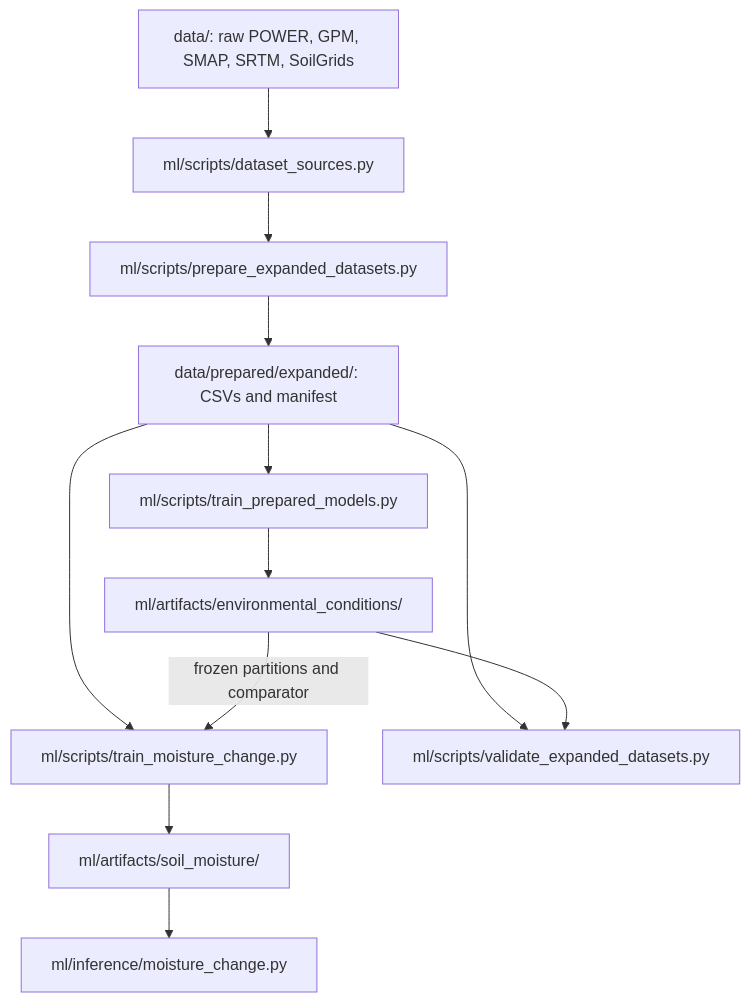
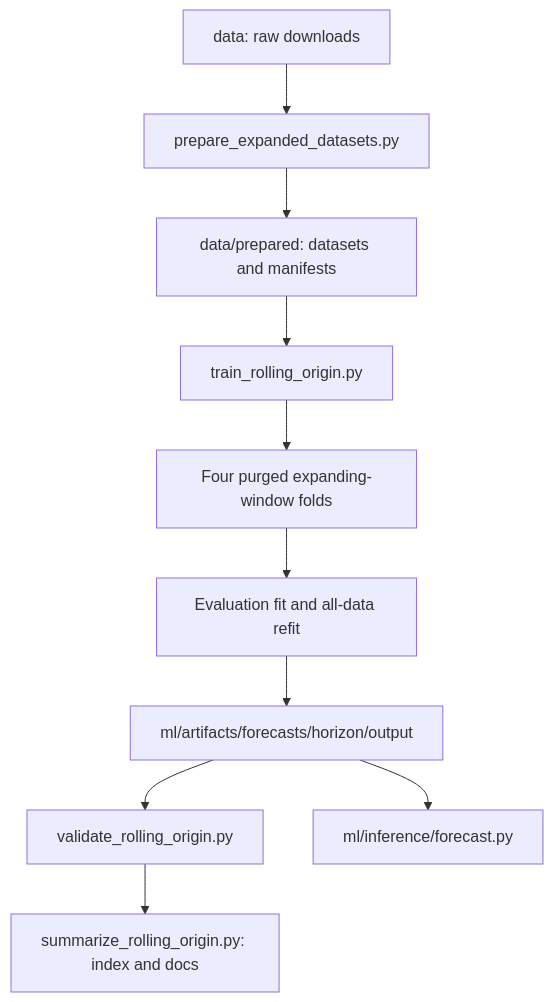
One commit to Samuelbomc/SpaceApps2026 changed the diagram in ml/docs/architecture.md. Above: the diagram before and after it, drawn with Mermaid. The commit also changed other lines of this file and 260 other files, not shown here.

Commit message:
Updated models to use rolling origin validation

````diff
--- a/ml/docs/architecture.md
+++ b/ml/docs/architecture.md
@@ -22,14 +5,12 @@
 ```mermaid
 flowchart TD
-    Raw["data/: raw POWER, GPM, SMAP, SRTM, SoilGrids"] --> Sources["ml/scripts/dataset_sources.py"]
-    Sources --> Prepare["ml/scripts/prepare_expanded_datasets.py"]
-    Prepare --> Dataset["data/prepared/expanded/: CSVs and manifest"]
-    Dataset --> Train["ml/scripts/train_prepared_models.py"]
-    Train --> Expanded["ml/artifacts/environmental_conditions/"]
-    Dataset --> Change["ml/scripts/train_moisture_change.py"]
-    Expanded -->|frozen partitions and comparator| Change
-    Change --> Residual["ml/artifacts/soil_moisture/"]
-    Residual --> Wrapper["ml/inference/moisture_change.py"]
-    Dataset --> Validate["ml/scripts/validate_expanded_datasets.py"]
-    Expanded --> Validate
+    Raw["data: raw downloads"] --> Prepare["prepare_expanded_datasets.py"]
+    Prepare --> Dataset["data/prepared: datasets and manifests"]
+    Dataset --> Train["train_rolling_origin.py"]
+    Train --> Folds["Four purged expanding-window folds"]
+    Folds --> Fits["Evaluation fit and all-data refit"]
+    Fits --> Artifacts["ml/artifacts/forecasts/horizon/output"]
+    Artifacts --> Validate["validate_rolling_origin.py"]
+    Validate --> Summary["summarize_rolling_origin.py: index and docs"]
+    Artifacts --> Inference["ml/inference/forecast.py"]
 ```
````
